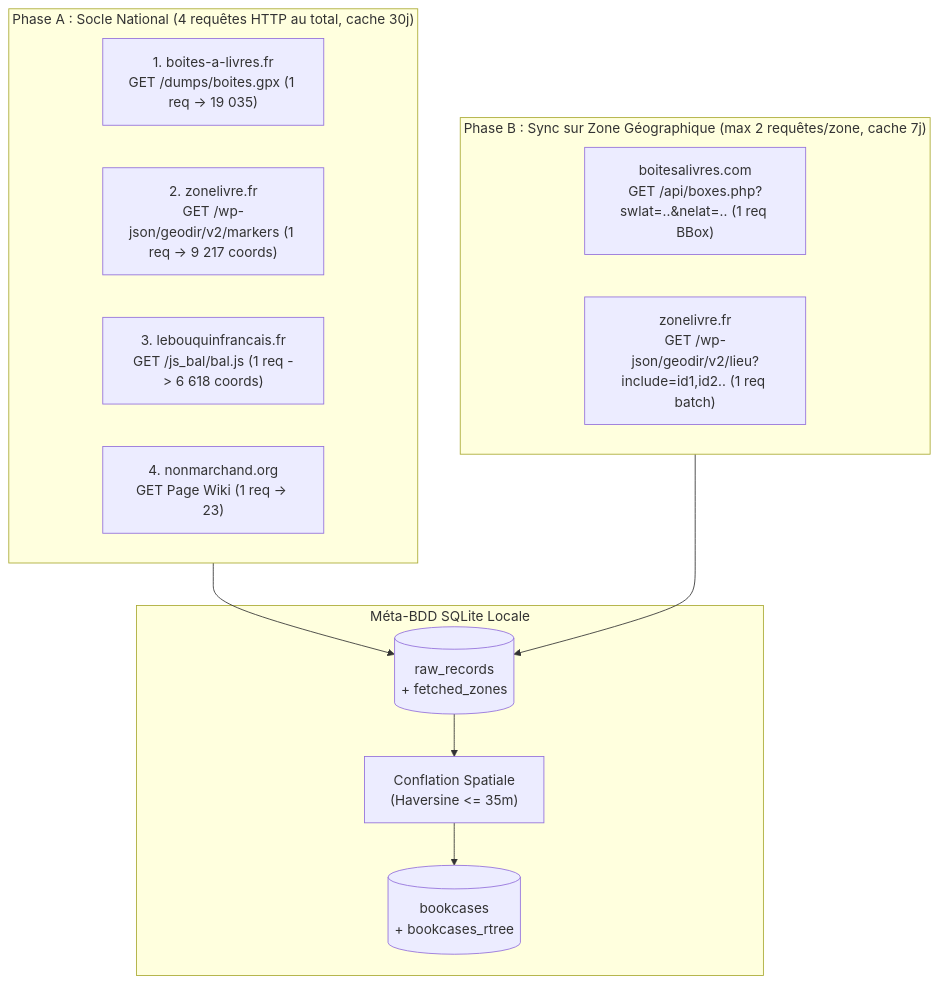
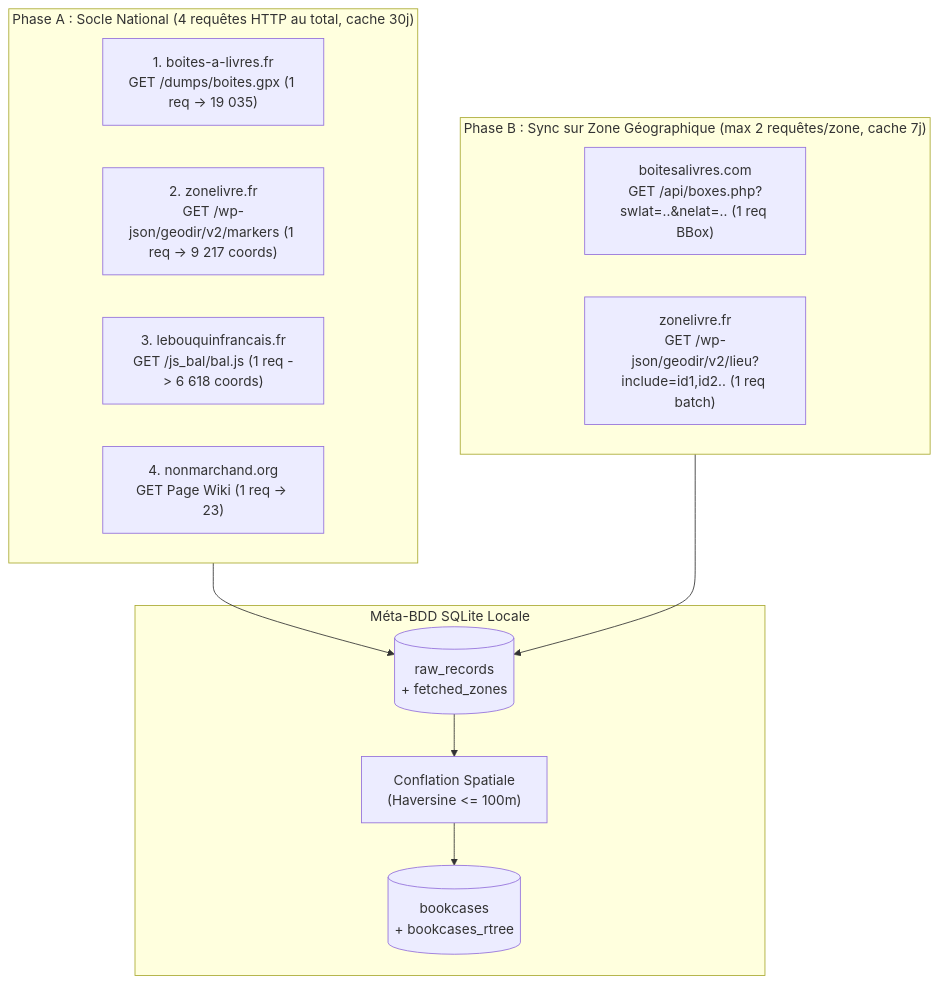
One commit to MathFrenchToast/booksboxes changed the diagram in doc/tasks.md. Above: the diagram before and after it, drawn with Mermaid. The commit also changed other lines of this file and 5 other files, not shown here.

````diff
--- a/doc/tasks.md
+++ b/doc/tasks.md
@@ -10,24 +10,24 @@
 ```mermaid
 flowchart TB
     subgraph Init["Phase A : Socle National (4 requêtes HTTP au total, cache 30j)"]
         D1["1. boites-a-livres.fr\nGET /dumps/boites.gpx (1 req -> 19 035)"]
         D2["2. zonelivre.fr\nGET /wp-json/geodir/v2/markers (1 req -> 9 217 coords)"]
         D3["3. lebouquinfrancais.fr\nGET /js_bal/bal.js (1 req -> 6 618 coords)"]
         D4["4. nonmarchand.org\nGET Page Wiki (1 req -> 23)"]
     end
 
     subgraph Zone["Phase B : Sync sur Zone Géographique (max 2 requêtes/zone, cache 7j)"]
         Z1["boitesalivres.com\nGET /api/boxes.php?swlat=..&nelat=.. (1 req BBox)"]
         Z2["zonelivre.fr\nGET /wp-json/geodir/v2/lieu?include=id1,id2.. (1 req batch)"]
     end
 
     subgraph DB["Méta-BDD SQLite Locale"]
         RAW[("raw_records\n+ fetched_zones")]
-        DEDUP["Conflation Spatiale\n(Haversine <= 35m)"]
+        DEDUP["Conflation Spatiale\n(Haversine <= 100m)"]
         META[("bookcases\n+ bookcases_rtree")]
     end
 
     Init --> RAW
     Zone --> RAW
     RAW --> DEDUP --> META
 ```
````
